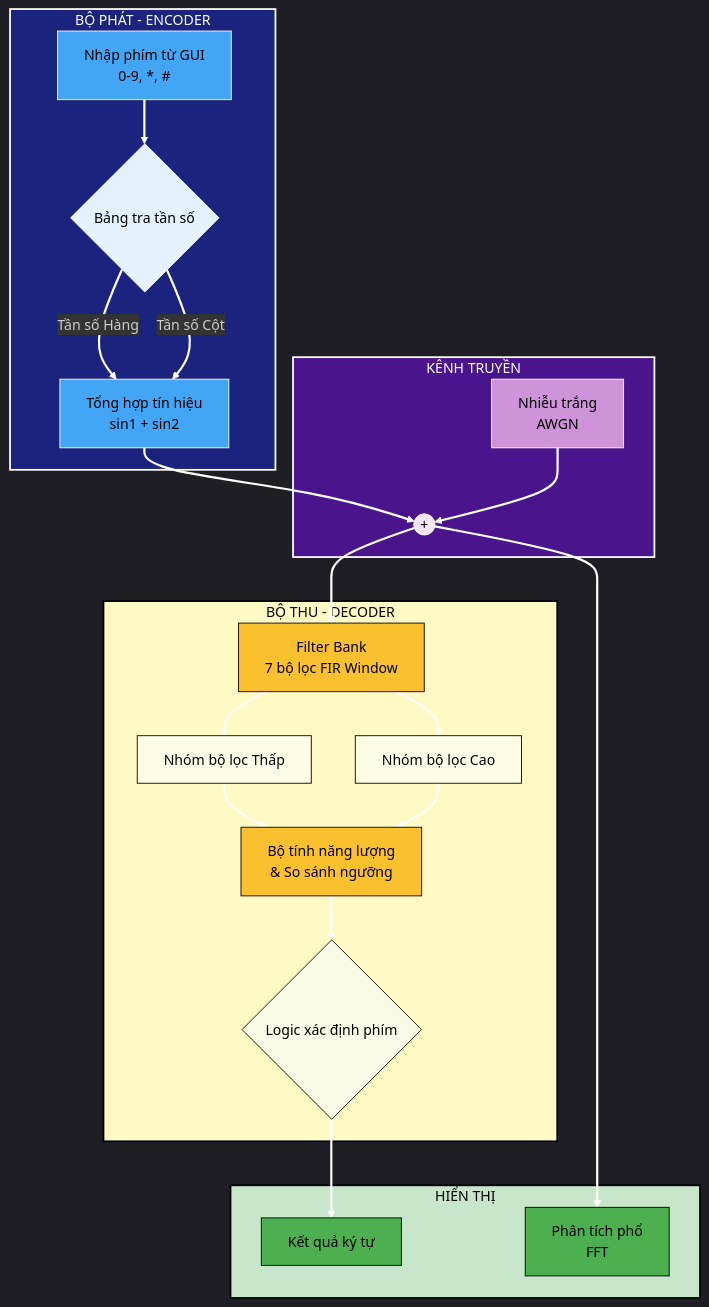
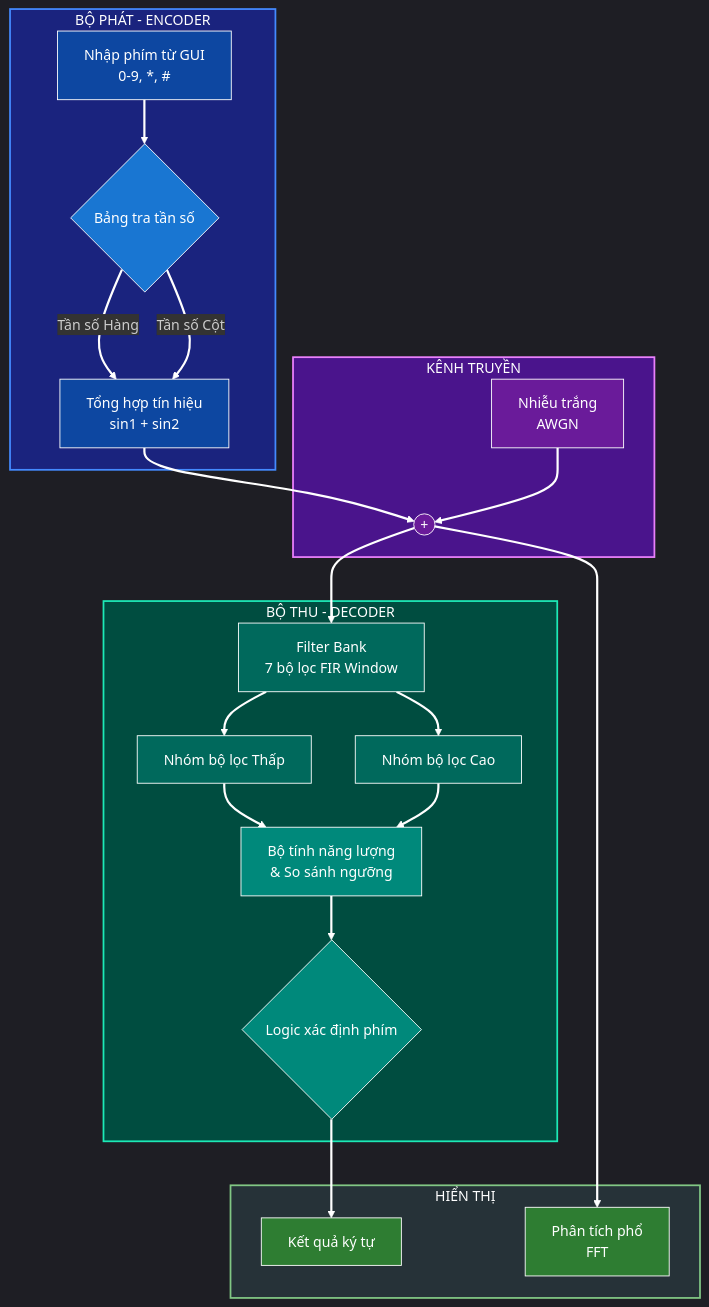
One commit to trieuwu/BTL-_-XLTHS-_-PTIT changed the diagram in flow_chart.md. Above: the diagram before and after it, drawn with Mermaid. The commit also changed 4 other files, not shown here.

````diff
--- a/flow_chart.md
+++ b/flow_chart.md
@@ -1,61 +1,60 @@
 ```mermaid
 %%{init: {'theme': 'dark', 'themeVariables': { 'edgeLabelBackground':'#333', 'tertiaryColor': '#fff'}}}%%
 graph TD
-    %% --- ĐỊNH NGHĨA CÁC ĐƯỜNG NỐI (LINK STYLE) TẠI ĐÂY --- %%
-    %% Làm cho TẤT CẢ các đường nối có màu trắng sáng và dày lên để nổi bật
+    %% --- ĐƯỜNG NỐI  --- %%
     linkStyle default stroke:#FFFFFF,stroke-width:2.5px,fill:none;
     
     %% --- KHỐI PHÁT (ENCODER) --- %%
     subgraph Transmitter [BỘ PHÁT - ENCODER]
         A[Nhập phím từ GUI <br> 0-9, *, #] --> B{Bảng tra tần số}
         B -- Tần số Hàng --> C[Tổng hợp tín hiệu <br> sin1 + sin2]
         B -- Tần số Cột --> C
     end
 
     %% --- KÊNH TRUYỀN --- %%
     subgraph Channel [KÊNH TRUYỀN]
         C --> D((+))
         E[Nhiễu trắng <br> AWGN] --> D
     end
 
     %% --- KHỐI THU (DECODER) --- %%
     subgraph Receiver [BỘ THU - DECODER]
         D --> F[Filter Bank <br> 7 bộ lọc FIR Window]
         F --> G[Nhóm bộ lọc Thấp]
         F --> H[Nhóm bộ lọc Cao]
         G --> I[Bộ tính năng lượng <br> & So sánh ngưỡng]
         H --> I
         I --> J{Logic xác định phím}
     end
 
     %% --- KẾT QUẢ --- %%
     subgraph Result [HIỂN THỊ]
         J --> K[Kết quả ký tự]
         D --> L[Phân tích phổ <br> FFT]
     end
 
-    %% --- ĐỊNH DẠNG MÀU KHỐI (HIGH CONTRAST) --- %%
-    %% Transmitter (Xanh dương)
-    style Transmitter fill:#1a237e,stroke:#fff,stroke-width:2px,color:#fff
-    style A fill:#42a5f5,stroke:#fff,stroke-width:1px,color:#000
-    style B fill:#e3f2fd,stroke:#fff,stroke-width:1px,color:#000
-    style C fill:#42a5f5,stroke:#fff,stroke-width:1px,color:#000
+    
+    %% 1. Transmitter: Blue Navy
+    style Transmitter fill:#1a237e,stroke:#448aff,stroke-width:2px,color:#fff
+    style A fill:#0d47a1,stroke:#fff,color:#fff
+    style B fill:#1976d2,stroke:#fff,color:#fff
+    style C fill:#0d47a1,stroke:#fff,color:#fff
 
-    %% Receiver (Vàng)
-    style Receiver fill:#fff9c4,stroke:#000,stroke-width:2px,color:#000
-    style F fill:#fbc02d,stroke:#000,stroke-width:1px,color:#000
-    style G fill:#fffde7,stroke:#000,stroke-width:1px,color:#000
-    style H fill:#fffde7,stroke:#000,stroke-width:1px,color:#000
-    style I fill:#fbc02d,stroke:#000,stroke-width:1px,color:#000
-    style J fill:#f9fbe7,stroke:#000,stroke-width:1px,color:#000
+    %% 2. Channel: Deep Purple
+    style Channel fill:#4a148c,stroke:#ea80fc,stroke-width:2px,color:#fff
+    style D fill:#6a1b9a,stroke:#fff,color:#fff
+    style E fill:#6a1b9a,stroke:#fff,color:#fff
 
-    %% Channel (Tím)
-    style Channel fill:#4a148c,stroke:#fff,stroke-width:2px,color:#fff
-    style D fill:#f3e5f5,stroke:#fff,stroke-width:1px,color:#000
-    style E fill:#ce93d8,stroke:#fff,stroke-width:1px,color:#000
+    %% 3. Receiver: Deep Teal 
+    style Receiver fill:#004d40,stroke:#1de9b6,stroke-width:2px,color:#fff
+    style F fill:#00695c,stroke:#fff,color:#fff
+    style G fill:#00695c,stroke:#fff,color:#fff
+    style H fill:#00695c,stroke:#fff,color:#fff
+    style I fill:#00897b,stroke:#fff,color:#fff
+    style J fill:#00897b,stroke:#fff,color:#fff
 
-    %% Result (Xanh lá)
-    style Result fill:#c8e6c9,stroke:#000,stroke-width:2px,color:#000
-    style K fill:#4caf50,stroke:#000,stroke-width:1px,color:#000
-    style L fill:#4caf50,stroke:#000,stroke-width:1px,color:#000
+    %% 4. Result: Slate Gray/Dark Green
+    style Result fill:#263238,stroke:#81c784,stroke-width:2px,color:#fff
+    style K fill:#2e7d32,stroke:#fff,color:#fff
+    style L fill:#2e7d32,stroke:#fff,color:#fff
 ```
````
